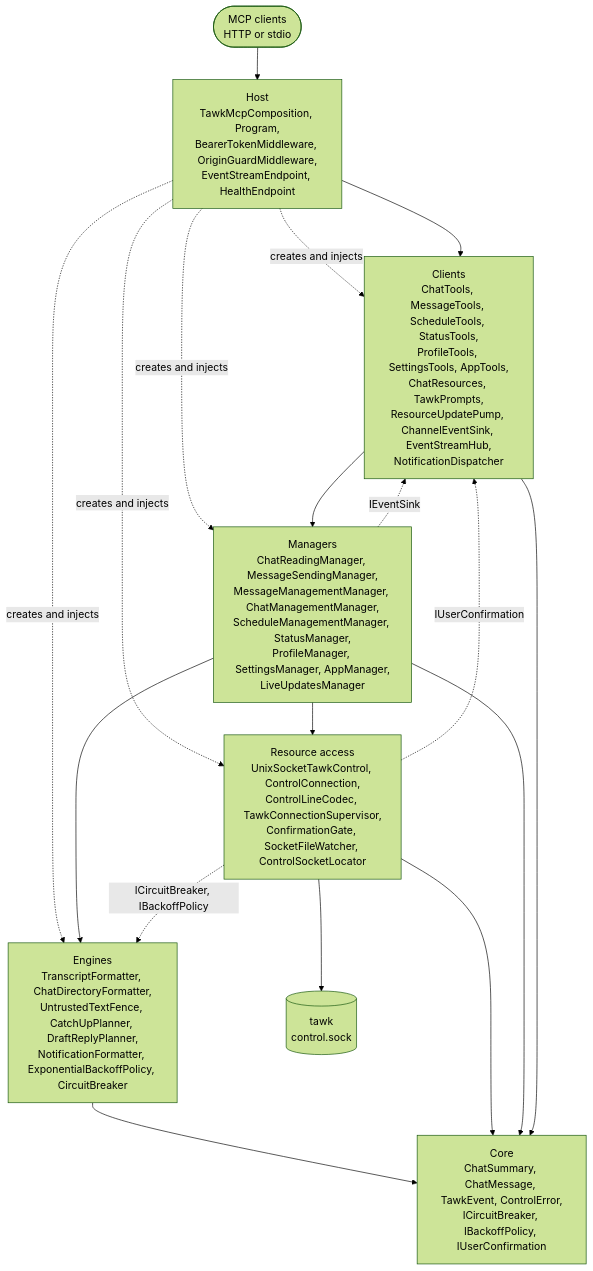
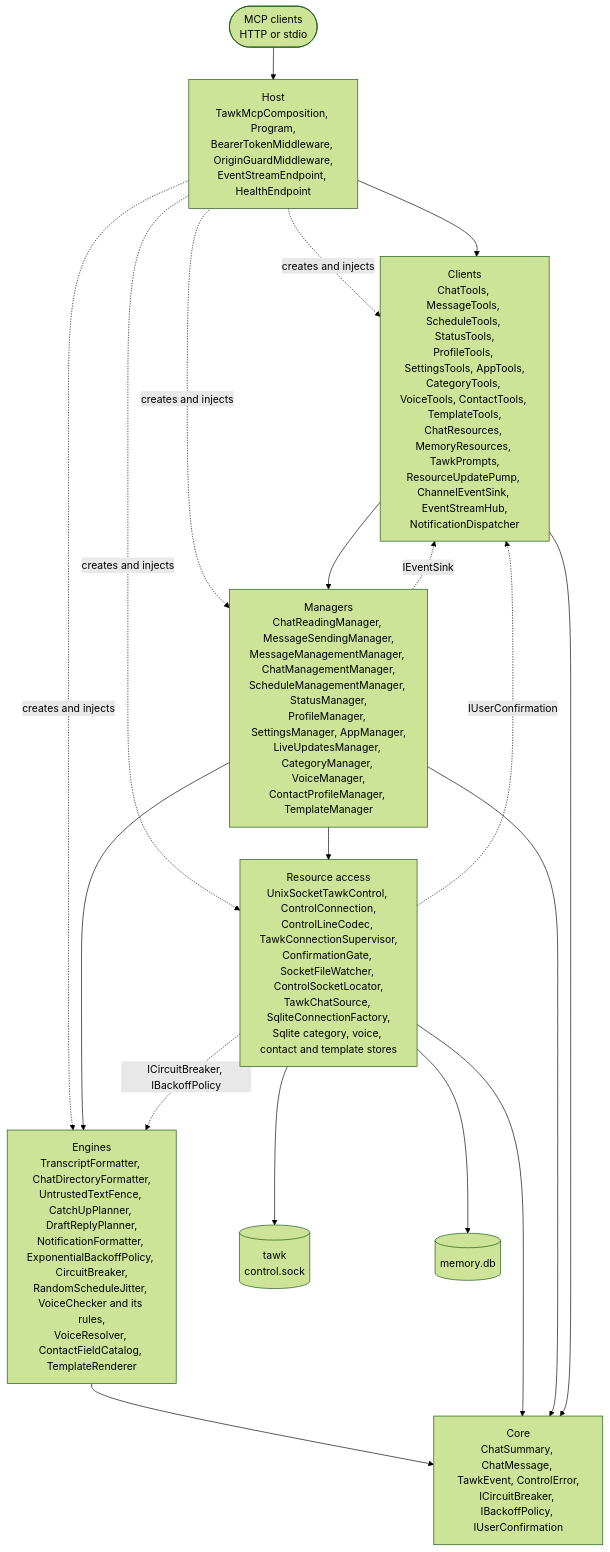
One commit to loganventer/Corvus.Mcp.Server.Tawk changed the first of 2 diagrams in ARCHITECTURE.md. Above: the diagram before and after it, drawn with Mermaid (forest theme). The commit also changed other lines of this file and 148 other files, not shown here.

First line of the commit message:
Add memory for voices, contact profiles and templates, and schedule jitter

````diff
--- a/ARCHITECTURE.md
+++ b/ARCHITECTURE.md
@@ -31,26 +31,27 @@
 ```mermaid
 flowchart TD
     HOST["Host<br/>TawkMcpComposition, Program,<br/>BearerTokenMiddleware, OriginGuardMiddleware,<br/>EventStreamEndpoint, HealthEndpoint"]
-    CL["Clients<br/>ChatTools, MessageTools, ScheduleTools, StatusTools,<br/>ProfileTools, SettingsTools, AppTools,<br/>ChatResources, TawkPrompts,<br/>ResourceUpdatePump, ChannelEventSink, EventStreamHub,<br/>NotificationDispatcher"]
-    MG["Managers<br/>ChatReadingManager, MessageSendingManager,<br/>MessageManagementManager, ChatManagementManager,<br/>ScheduleManagementManager, StatusManager,<br/>ProfileManager, SettingsManager, AppManager,<br/>LiveUpdatesManager"]
-    EN["Engines<br/>TranscriptFormatter, ChatDirectoryFormatter,<br/>UntrustedTextFence, CatchUpPlanner, DraftReplyPlanner,<br/>NotificationFormatter, ExponentialBackoffPolicy, CircuitBreaker"]
-    RA["Resource access<br/>UnixSocketTawkControl, ControlConnection,<br/>ControlLineCodec, TawkConnectionSupervisor,<br/>ConfirmationGate, SocketFileWatcher, ControlSocketLocator"]
+    CL["Clients<br/>ChatTools, MessageTools, ScheduleTools, StatusTools,<br/>ProfileTools, SettingsTools, AppTools,<br/>CategoryTools, VoiceTools, ContactTools, TemplateTools,<br/>ChatResources, MemoryResources, TawkPrompts,<br/>ResourceUpdatePump, ChannelEventSink, EventStreamHub,<br/>NotificationDispatcher"]
+    MG["Managers<br/>ChatReadingManager, MessageSendingManager,<br/>MessageManagementManager, ChatManagementManager,<br/>ScheduleManagementManager, StatusManager,<br/>ProfileManager, SettingsManager, AppManager,<br/>LiveUpdatesManager, CategoryManager, VoiceManager,<br/>ContactProfileManager, TemplateManager"]
+    EN["Engines<br/>TranscriptFormatter, ChatDirectoryFormatter,<br/>UntrustedTextFence, CatchUpPlanner, DraftReplyPlanner,<br/>NotificationFormatter, ExponentialBackoffPolicy, CircuitBreaker,<br/>RandomScheduleJitter, VoiceChecker and its rules,<br/>VoiceResolver, ContactFieldCatalog, TemplateRenderer"]
+    RA["Resource access<br/>UnixSocketTawkControl, ControlConnection,<br/>ControlLineCodec, TawkConnectionSupervisor,<br/>ConfirmationGate, SocketFileWatcher, ControlSocketLocator,<br/>TawkChatSource, SqliteConnectionFactory,<br/>Sqlite category, voice, contact and template stores"]
     CO["Core<br/>ChatSummary, ChatMessage, TawkEvent, ControlError,<br/>ICircuitBreaker, IBackoffPolicy, IUserConfirmation"]
     TAWK[("tawk<br/>control.sock")]
     MCP(["MCP clients<br/>HTTP or stdio"])
 
     HOST -.->|creates and injects| CL & MG & EN & RA
     MCP --> HOST
     HOST --> CL
     CL --> MG
     MG --> EN
     MG --> RA
     MG -.->|IEventSink| CL
     RA -.->|ICircuitBreaker, IBackoffPolicy| EN
     RA -.->|IUserConfirmation| CL
     RA --> TAWK
+    RA --> DB[("memory.db")]
     EN --> CO
     RA --> CO
     MG --> CO
     CL --> CO
 ```
````
